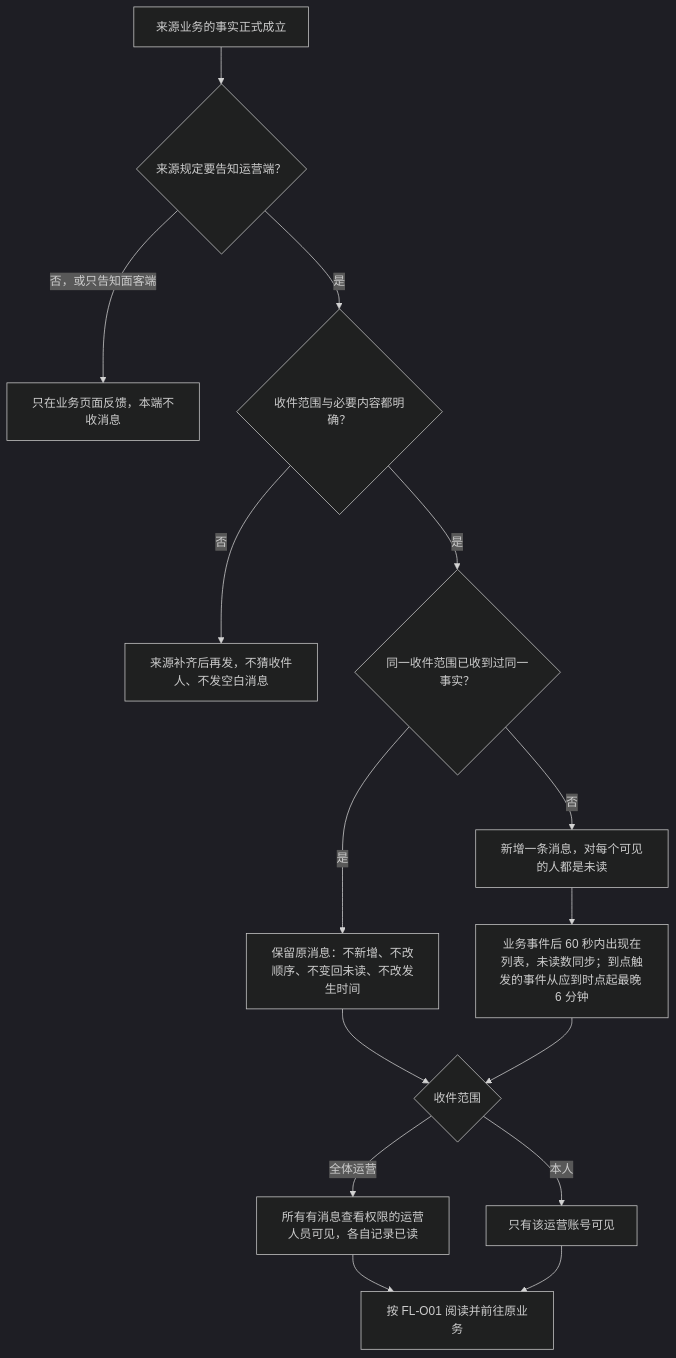
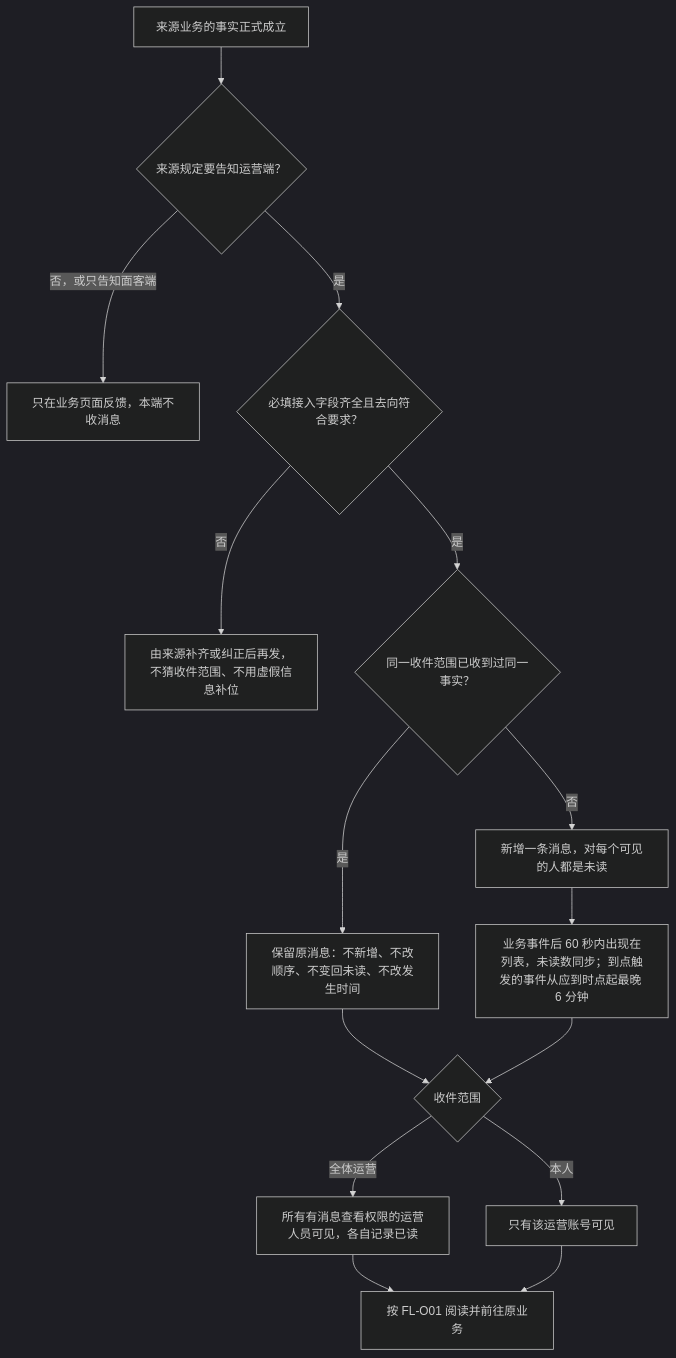
The second of 7 diagrams in lending-platform/PRD/运营端/07-运营端消息通知/02-运营端消息通知-流程图与状态机.md (wxblockchain/Chain-Financing), drawn with Mermaid (dark theme) before and after one commit. The commit also changed other lines of this file and 3 other files, not shown here.

````diff
--- a/lending-platform/PRD/运营端/07-运营端消息通知/02-运营端消息通知-流程图与状态机.md
+++ b/lending-platform/PRD/运营端/07-运营端消息通知/02-运营端消息通知-流程图与状态机.md
@@ -46,17 +46,17 @@
 ```mermaid
 flowchart TD
     A["来源业务的事实正式成立"] --> B{"来源规定要告知运营端？"}
     B -->|否，或只告知面客端| C["只在业务页面反馈，本端不收消息"]
-    B -->|是| E{"收件范围与必要内容都明确？"}
-    E -->|否| F["来源补齐后再发，不猜收件人、不发空白消息"]
+    B -->|是| E{"必填接入字段齐全且去向符合要求？"}
+    E -->|否| F["由来源补齐或纠正后再发，不猜收件范围、不用虚假信息补位"]
     E -->|是| G{"同一收件范围已收到过同一事实？"}
     G -->|是| H["保留原消息：不新增、不改顺序、不变回未读、不改发生时间"]
     G -->|否| I["新增一条消息，对每个可见的人都是未读"]
     I --> J["业务事件后 60 秒内出现在列表，未读数同步；到点触发的事件从应到时点起最晚 6 分钟"]
     H --> K{"收件范围"}
     J --> K
     K -->|全体运营| L["所有有消息查看权限的运营人员可见，各自记录已读"]
     K -->|本人| M["只有该运营账号可见"]
     L --> N["按 FL-O01 阅读并前往原业务"]
     M --> N
 ```
````
